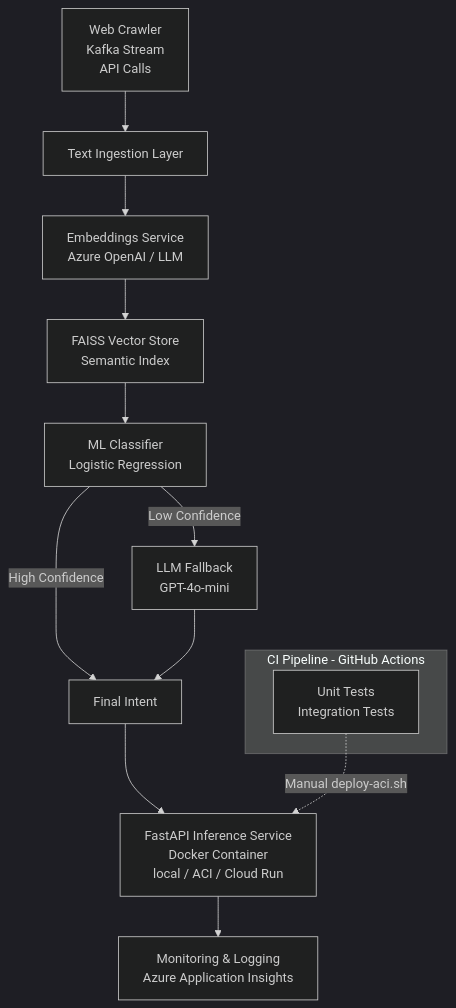
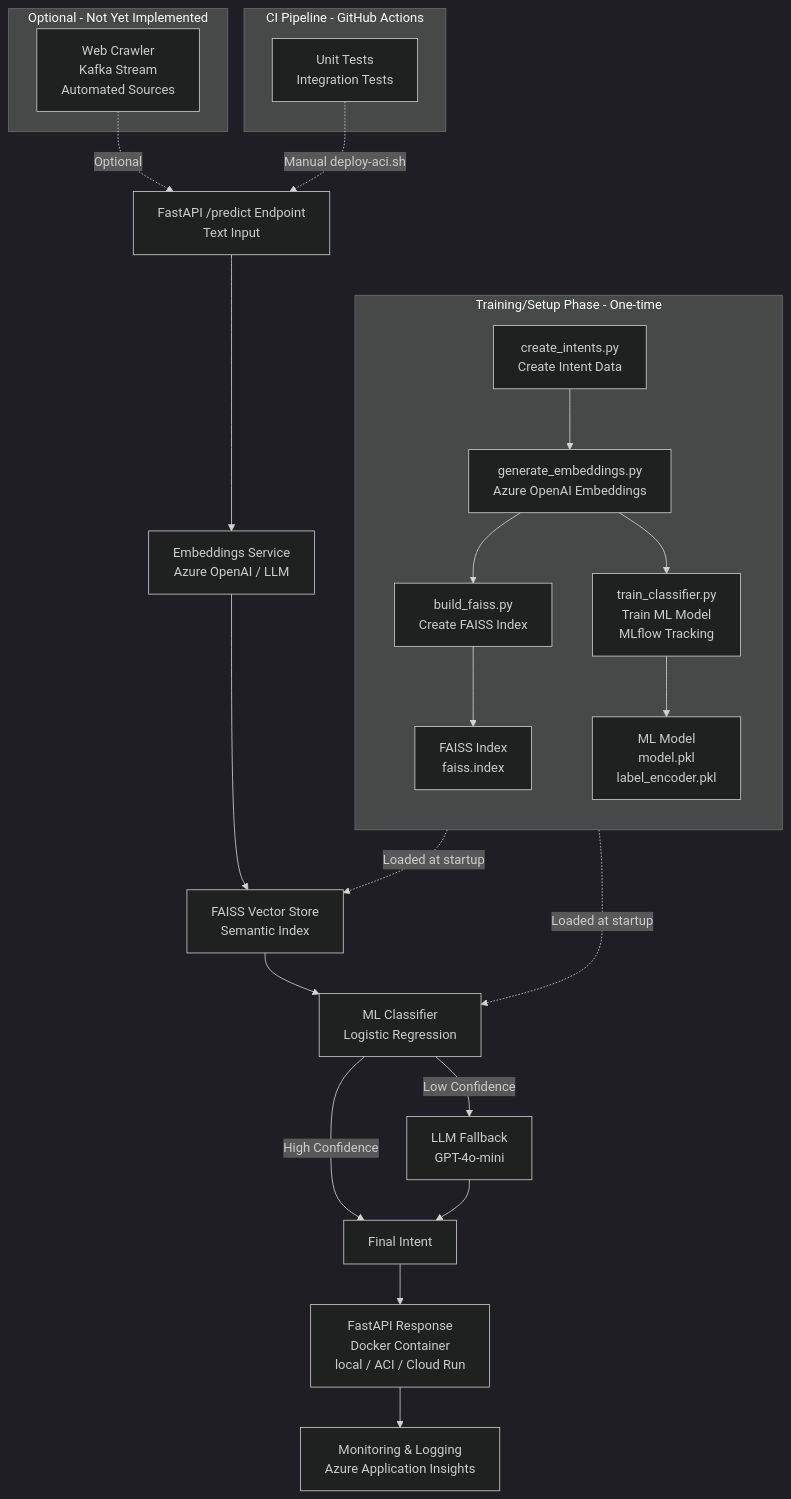
Before and after one commit to RobertBauer-dev/azure_intent_class_ops: the diagram in README.md, drawn with Mermaid (dark theme). The commit also changed other lines of this file, not shown here.

````diff
--- a/README.md
+++ b/README.md
@@ -5,32 +42,53 @@
 ```mermaid
 flowchart TD
 
-%% Sources & Ingestion
-A[Web Crawler<br/>Kafka Stream<br/>API Calls] --> B[Text Ingestion Layer]
+%% ===========================
+%% Training/Setup Phase (one-time)
+%% ===========================
+subgraph Training["Training/Setup Phase - One-time"]
+    direction TB
+    T1[create_intents.py<br/>Create Intent Data] --> T2[generate_embeddings.py<br/>Azure OpenAI Embeddings]
+    T2 --> T3[build_faiss.py<br/>Create FAISS Index]
+    T2 --> T4[train_classifier.py<br/>Train ML Model<br/>MLflow Tracking]
+    T3 --> T5[FAISS Index<br/>faiss.index]
+    T4 --> T6[ML Model<br/>model.pkl<br/>label_encoder.pkl]
+end
 
-%% Embeddings + Index
+%% ===========================
+%% Optional: Automated Data Sources
+%% ===========================
+subgraph Optional["Optional - Not Yet Implemented"]
+    A[Web Crawler<br/>Kafka Stream<br/>Automated Sources]
+end
+
+%% ===========================
+%% Inference Flow (per request)
+%% ===========================
+A -.->|Optional| B[FastAPI /predict Endpoint<br/>Text Input]
 B --> C[Embeddings Service<br/>Azure OpenAI / LLM]
 C --> D[FAISS Vector Store<br/>Semantic Index]
-
-%% ML Model
 D --> E[ML Classifier<br/>Logistic Regression]
 
 %% Decision Layer
 E -->|High Confidence| G[Final Intent]
 E -->|Low Confidence| F[LLM Fallback<br/>GPT-4o-mini]
 F --> G
 
 %% Serving Layer
-G --> H[FastAPI Inference Service<br/>Docker Container<br/>local / ACI / Cloud Run]
+G --> H[FastAPI Response<br/>Docker Container<br/>local / ACI / Cloud Run]
 
 %% Monitoring
 H --> I[Monitoring & Logging<br/>Azure Application Insights]
 
 %% CI Pipeline
-subgraph CI[CI Pipeline - GitHub Actions]
+subgraph CI["CI Pipeline - GitHub Actions"]
     J[Unit Tests<br/>Integration Tests]
 end
 
 %% Manual Deployment
-J -.->|Manual deploy-aci.sh| H
+J -.->|Manual deploy-aci.sh| B
+
+%% Training Outputs to Inference Inputs
+T5 -.->|Loaded at startup| D
+T6 -.->|Loaded at startup| E
 ```
````
